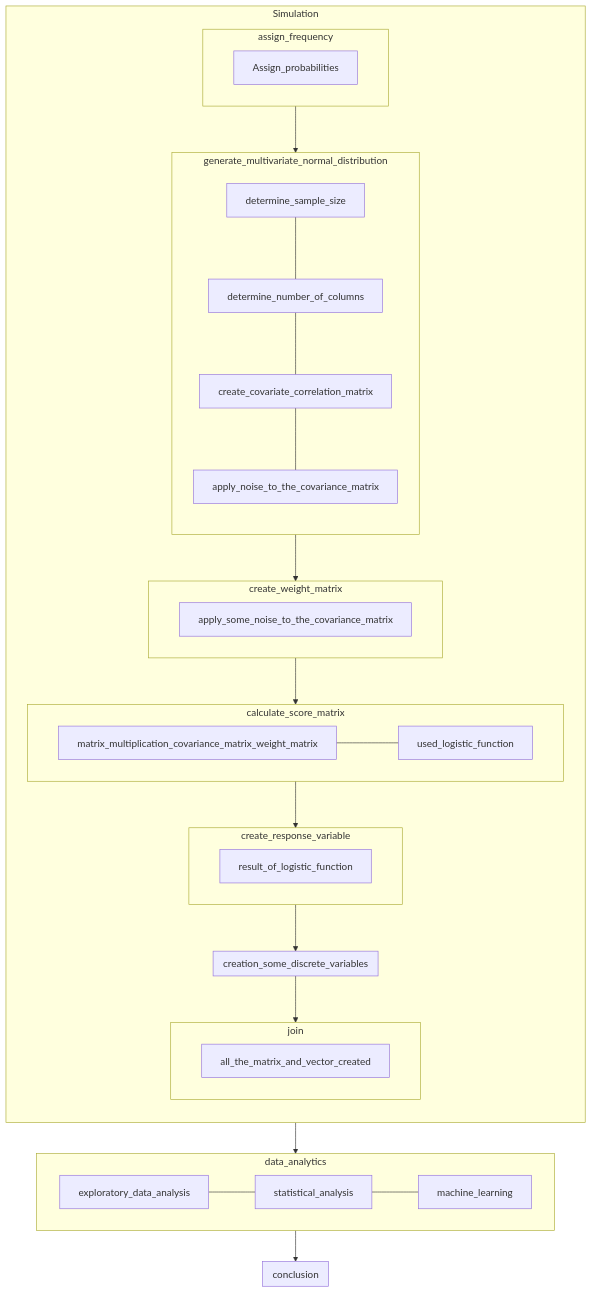
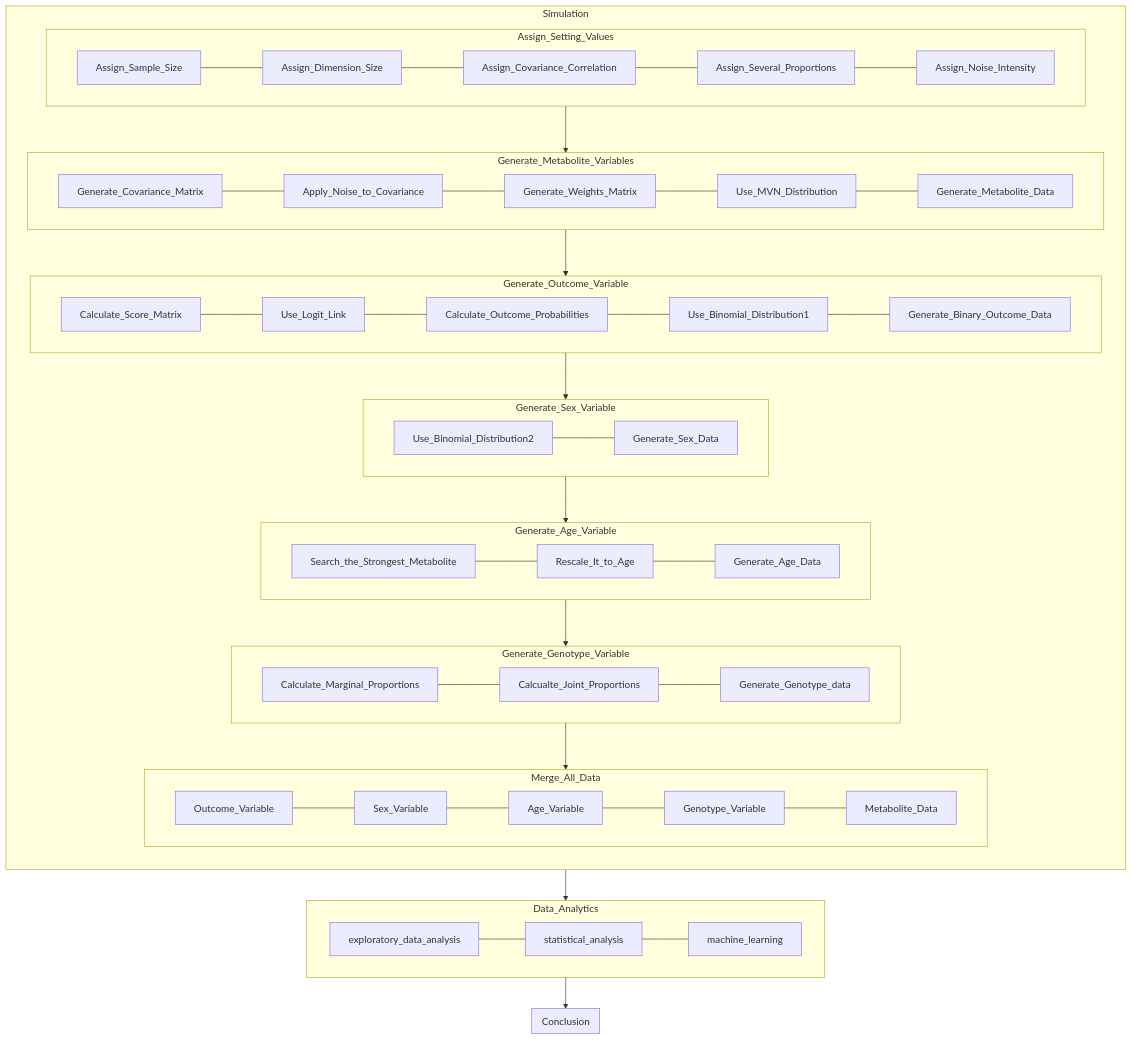
One commit to kmink3225/website changed the diagram in docs/projects/LLFS/data_preparation.qmd. Above: the diagram before and after it, drawn with Mermaid. The commit also changed other lines of this file and 10 other files, not shown here.

Commit message:
working on data preparation part: simulation

````diff
--- a/docs/projects/LLFS/data_preparation.qmd
+++ b/docs/projects/LLFS/data_preparation.qmd
@@ -21,51 +22,69 @@
 ```{mermaid}
 %%| fig-width: 7.5
 flowchart TB
     subgraph Simulation
         direction TB
-        subgraph assign_frequency
-        direction LR
-        Assign_probabilities     
+        subgraph Assign_Setting_Values
+            direction LR
+            Assign_Sample_Size---
+            Assign_Dimension_Size---
+            Assign_Covariance_Correlation---
+            Assign_Several_Proportions---
+            Assign_Noise_Intensity
         end
-        subgraph generate_multivariate_normal_distribution
-            direction TB
-            determine_sample_size ---
-            determine_number_of_columns---
-            create_covariate_correlation_matrix---
-            apply_noise_to_the_covariance_matrix
+        subgraph Generate_Metabolite_Variables
+            direction LR
+            Generate_Covariance_Matrix---
+            Apply_Noise_to_Covariance---
+            Generate_Weights_Matrix---
+            Use_MVN_Distribution---
+            Generate_Metabolite_Data
         end
-        subgraph create_weight_matrix
+        subgraph Generate_Outcome_Variable
             direction LR
-            apply_some_noise_to_the_covariance_matrix
+            Calculate_Score_Matrix---
+            Use_Logit_Link---
+            Calculate_Outcome_Probabilities---
+            Use_Binomial_Distribution1---
+            Generate_Binary_Outcome_Data
         end
-        subgraph calculate_score_matrix
+        subgraph Generate_Sex_Variable
             direction LR
-            matrix_multiplication_covariance_matrix_weight_matrix---
-            used_logistic_function
+            Use_Binomial_Distribution2---
+            Generate_Sex_Data
         end
-        subgraph create_response_variable
+        subgraph Generate_Age_Variable
             direction LR
-            result_of_logistic_function
+            Search_the_Strongest_Metabolite---
+            Rescale_It_to_Age---
+            Generate_Age_Data
         end
-        subgraph creation_some_discrete_variables
+        subgraph Generate_Genotype_Variable
             direction LR       
+            Calculate_Marginal_Proportions---
+            Calcualte_Joint_Proportions---
+            Generate_Genotype_data
         end
-        subgraph join
+        subgraph Merge_All_Data
             direction LR
-            all_the_matrix_and_vector_created       
+            Outcome_Variable---
+            Sex_Variable---
+            Age_Variable---
+            Genotype_Variable---
+            Metabolite_Data
         end
-        assign_frequency-->generate_multivariate_normal_distribution-->create_weight_matrix-->
-        calculate_score_matrix-->create_response_variable-->creation_some_discrete_variables-->
-        join
+        Assign_Setting_Values-->Generate_Metabolite_Variables-->Generate_Outcome_Variable-->
+        Generate_Sex_Variable-->Generate_Age_Variable-->Generate_Genotype_Variable-->
+        Merge_All_Data
     end
-    subgraph data_analytics
+    subgraph Data_Analytics
         direction LR
         exploratory_data_analysis---
         statistical_analysis---
         machine_learning
     end
-    subgraph conclusion
+    subgraph Conclusion
         direction LR
     end
-    Simulation-->data_analytics-->conclusion
+    Simulation-->Data_Analytics-->Conclusion
 ```
````
